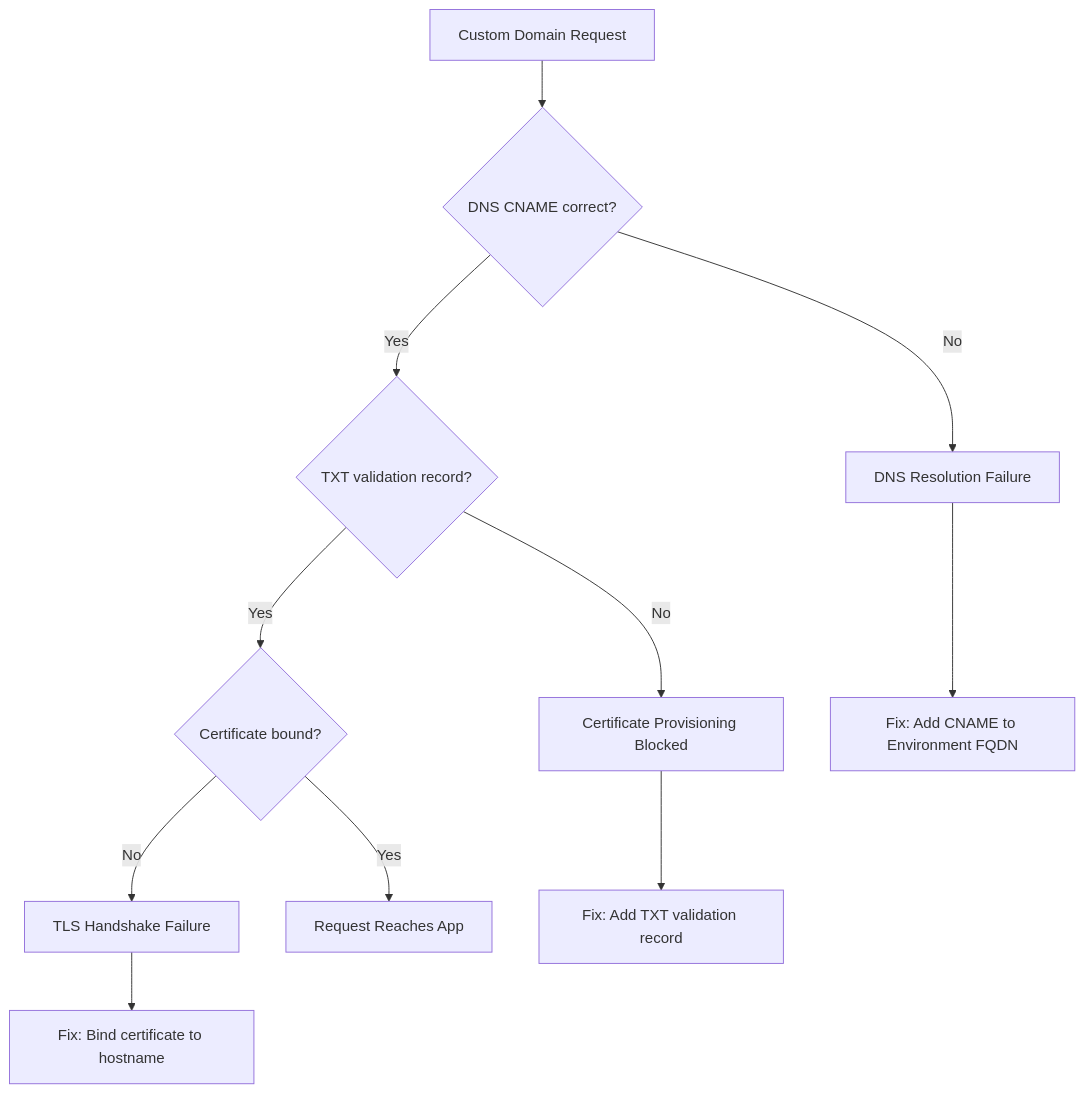
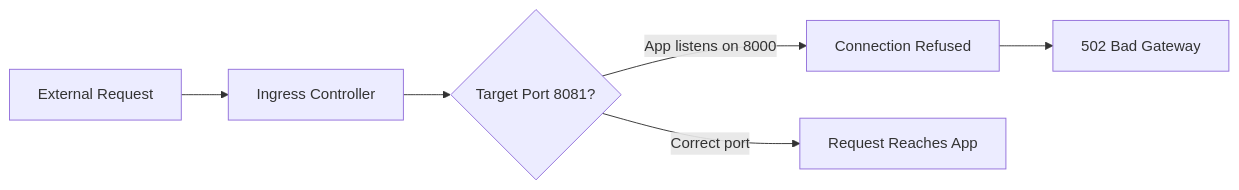
The diagram in docs/troubleshooting/lab-guides/ingress-tls-custom-domain.md (yeongseon/azure-container-apps-practical-guide), drawn with Mermaid before and after one commit. The commit also changed other lines of this file and 12 other files, not shown here.

````diff
--- a/docs/troubleshooting/lab-guides/ingress-tls-custom-domain.md
+++ b/docs/troubleshooting/lab-guides/ingress-tls-custom-domain.md
@@ -49,13 +28,8 @@
 ```mermaid
-flowchart TD
-    A[Custom Domain Request] --> B{DNS CNAME correct?}
-    B -->|No| C[DNS Resolution Failure]
-    B -->|Yes| D{TXT validation record?}
-    D -->|No| E[Certificate Provisioning Blocked]
-    D -->|Yes| F{Certificate bound?}
-    F -->|No| G[TLS Handshake Failure]
-    F -->|Yes| H[Request Reaches App]
-    C --> I[Fix: Add CNAME to Environment FQDN]
-    E --> J[Fix: Add TXT validation record]
-    G --> K[Fix: Bind certificate to hostname]
+flowchart LR
+    A[External Request] --> B[Ingress Controller]
+    B --> C{Target Port 8081?}
+    C -->|App listens on 8000| D[Connection Refused]
+    C -->|Correct port| E[Request Reaches App]
+    D --> F[502 Bad Gateway]
 ```
````
